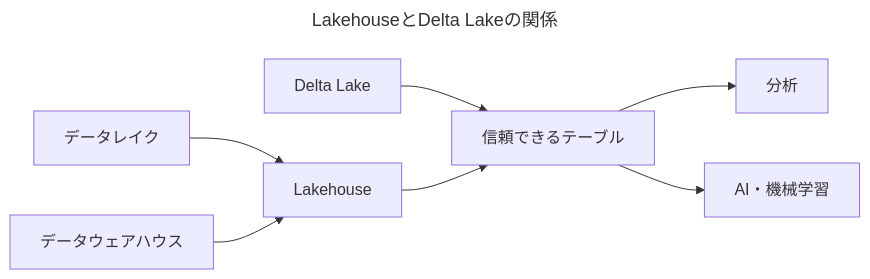
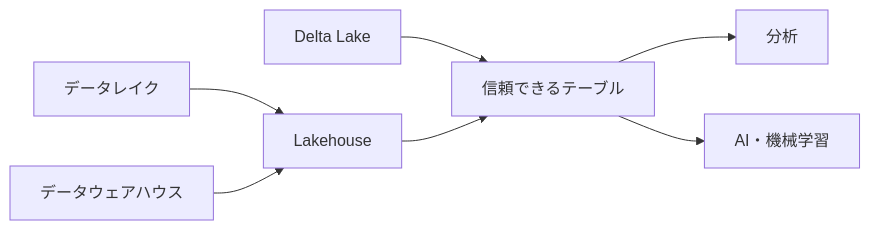
The diagram in dea-audio-learn/audio-scripts/dea-dip-002.md (yuyuyu0706/quiz-practice), drawn with Mermaid before and after one commit. The commit also changed 2 other files, not shown here.

Commit message:
Use Mermaid acc metadata without frontmatter

````diff
--- a/dea-audio-learn/audio-scripts/dea-dip-002.md
+++ b/dea-audio-learn/audio-scripts/dea-dip-002.md
@@ -45,14 +45,11 @@
 ```mermaid
----
-title: LakehouseとDelta Lakeの関係
----
 flowchart LR
   accTitle: LakehouseとDelta Lakeの関係
   accDescr: データレイクとデータウェアハウスの課題をLakehouseが受け止め、Delta Lakeが信頼できるテーブルを支える関係を示します。
   DataLake[データレイク] --> Lakehouse[Lakehouse]
   DWH[データウェアハウス] --> Lakehouse
   Delta[Delta Lake] --> ReliableTable[信頼できるテーブル]
   Lakehouse --> ReliableTable
   ReliableTable --> Analyze[分析]
   ReliableTable --> AI[AI・機械学習]
 ```
````
